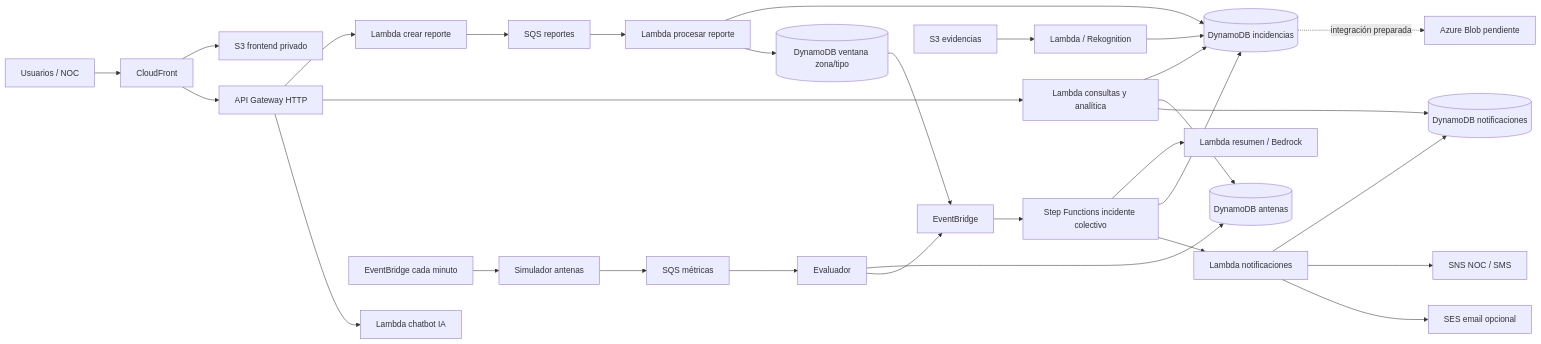
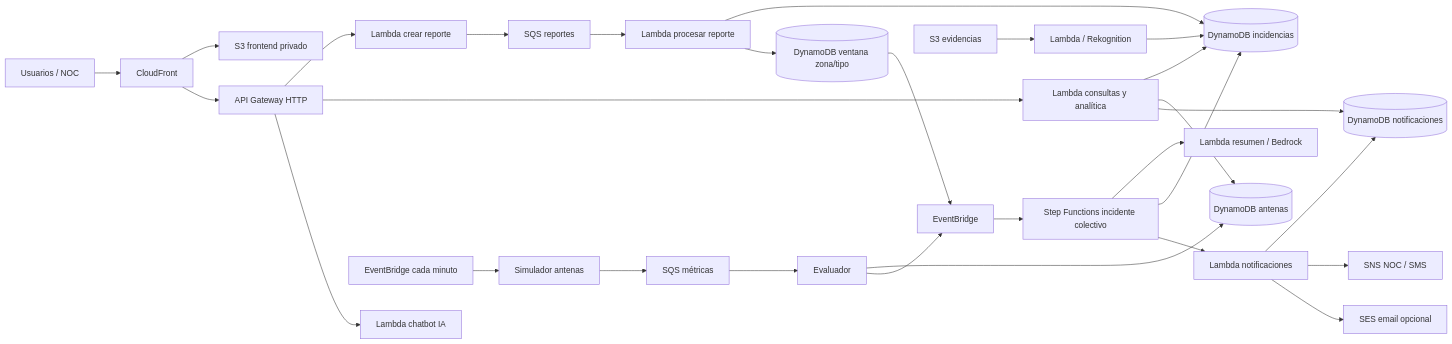
One commit to vvalentina-alvarez/hack-cloud changed the diagram in docs/arquitectura.md. Above: the diagram before and after it, drawn with Mermaid. The commit also changed other lines of this file and 15 other files, not shown here.

````diff
--- a/docs/arquitectura.md
+++ b/docs/arquitectura.md
@@ -3,32 +3,31 @@
 ```mermaid
 flowchart LR
   U[Usuarios / NOC] --> CF[CloudFront]
   CF --> S3F[S3 frontend privado]
   CF --> APIGW[API Gateway HTTP]
   APIGW --> REPORT[Lambda crear reporte]
   APIGW --> ROUTER[Lambda consultas y analítica]
   APIGW --> CHAT[Lambda chatbot IA]
   REPORT --> QR[SQS reportes]
   QR --> PROCESS[Lambda procesar reporte]
   PROCESS --> DDB[(DynamoDB incidencias)]
   PROCESS --> ZONE[(DynamoDB ventana zona/tipo)]
   ZONE --> EB[EventBridge]
   EB --> SFN[Step Functions incidente colectivo]
   SFN --> AI[Lambda resumen / Bedrock]
   SFN --> DDB
   SFN --> NOTIFY[Lambda notificaciones]
   NOTIFY --> NT[(DynamoDB notificaciones)]
   NOTIFY --> SNS[SNS NOC / SMS]
   NOTIFY --> SES[SES email opcional]
   TIMER[EventBridge cada minuto] --> SIM[Simulador antenas]
   SIM --> QA[SQS métricas]
   QA --> EVAL[Evaluador]
   EVAL --> ANT[(DynamoDB antenas)]
   EVAL --> EB
   ROUTER --> DDB
   ROUTER --> ANT
   ROUTER --> NT
   UP[S3 evidencias] --> REKO[Lambda / Rekognition]
   REKO --> DDB
-  DDB -. integración preparada .-> AZ[Azure Blob pendiente]
 ```
````
